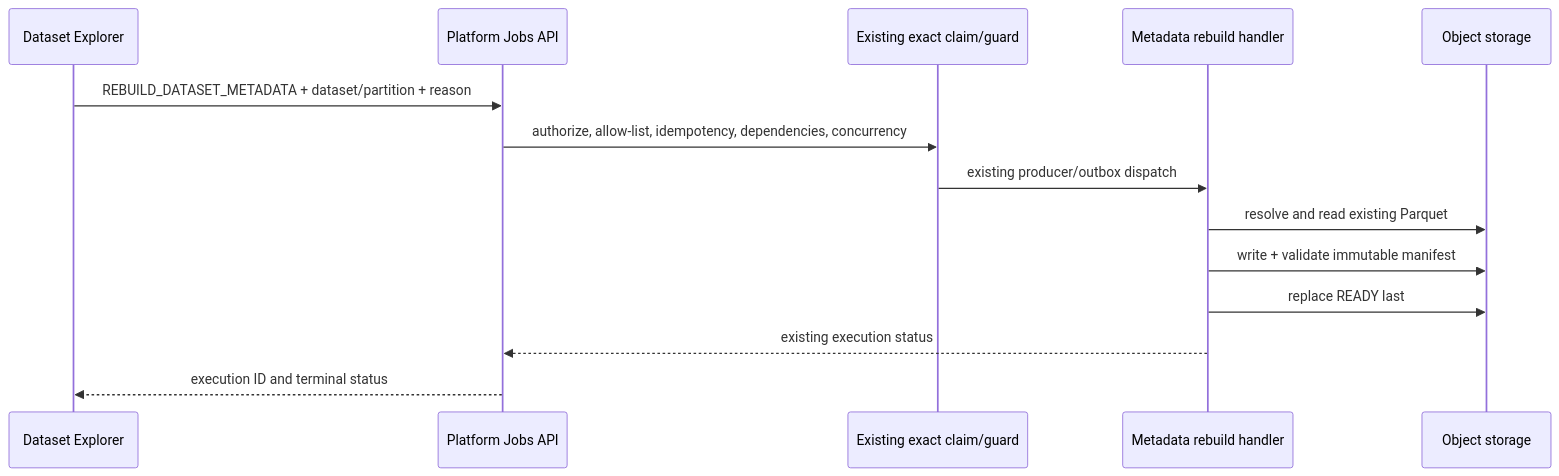
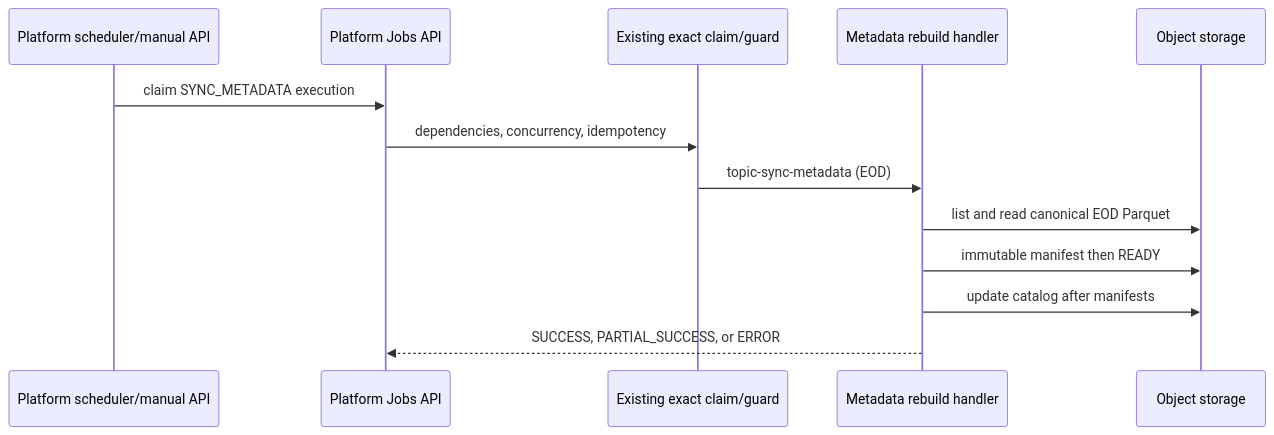
One commit to tanlocit9/omni changed the third of 6 diagrams in docs/flows/job-execution.md. Above: the diagram before and after it, drawn with Mermaid. The commit also changed other lines of this file and 22 other files, not shown here.

Commit message:
Add automatic EOD metadata sync worker

````diff
--- a/docs/flows/job-execution.md
+++ b/docs/flows/job-execution.md
@@ -111,17 +111,16 @@
 ```mermaid
 sequenceDiagram
-  participant Console as Dataset Explorer
+  participant Scheduler as Platform scheduler/manual API
   participant API as Platform Jobs API
   participant Claim as Existing exact claim/guard
   participant Worker as Metadata rebuild handler
   participant Storage as Object storage
 
-  Console->>API: REBUILD_DATASET_METADATA + dataset/partition + reason
-  API->>Claim: authorize, allow-list, idempotency, dependencies, concurrency
-  Claim->>Worker: existing producer/outbox dispatch
-  Worker->>Storage: resolve and read existing Parquet
-  Worker->>Storage: write + validate immutable manifest
-  Worker->>Storage: replace READY last
-  Worker-->>API: existing execution status
-  API-->>Console: execution ID and terminal status
+  Scheduler->>API: claim SYNC_METADATA execution
+  API->>Claim: dependencies, concurrency, idempotency
+  Claim->>Worker: topic-sync-metadata (EOD)
+  Worker->>Storage: list and read canonical EOD Parquet
+  Worker->>Storage: immutable manifest then READY
+  Worker->>Storage: update catalog after manifests
+  Worker-->>API: SUCCESS, PARTIAL_SUCCESS, or ERROR
 ```
````
